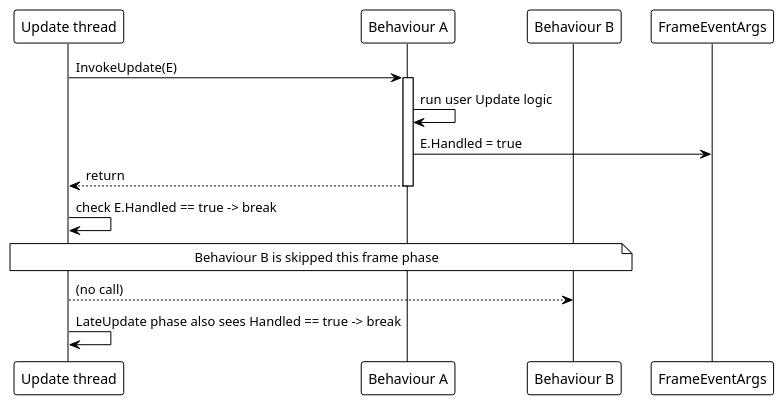
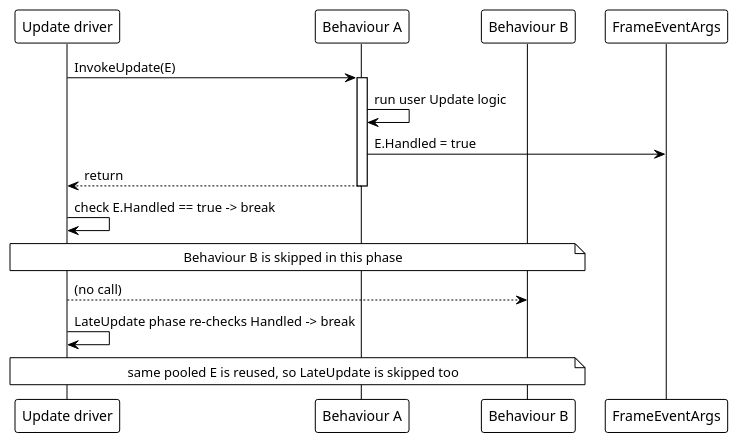
One commit to Axvser/VeloxDev.Docs changed the third of 6 diagrams in src/CloudGlyph/Assets/Docs/content/en/3_SE_Analysis/03_data-flow/06_monobehaviour/index.md. Above: the diagram before and after it, drawn with PlantUML. The commit also changed other lines of this file and 443 other files, not shown here.

````diff
--- a/src/CloudGlyph/Assets/Docs/content/en/3_SE_Analysis/03_data-flow/06_monobehaviour/index.md
+++ b/src/CloudGlyph/Assets/Docs/content/en/3_SE_Analysis/03_data-flow/06_monobehaviour/index.md
@@ -112,23 +128,24 @@
 ```plantuml
 @startuml
 !theme plain
 
-participant "Update thread" as U
+participant "Update driver" as U
 participant "Behaviour A" as A
 participant "Behaviour B" as B
 participant "FrameEventArgs" as E
 
 U -> A: InvokeUpdate(E)
 activate A
 A -> A: run user Update logic
 A -> E: E.Handled = true
 A --> U: return
 deactivate A
 
 U -> U: check E.Handled == true -> break
-note over U,B: Behaviour B is skipped this frame phase
+note over U,B: Behaviour B is skipped in this phase
 U --> B: (no call)
 
-U -> U: LateUpdate phase also sees Handled == true -> break
+U -> U: LateUpdate phase re-checks Handled -> break
+note over U,B: same pooled E is reused, so LateUpdate is skipped too
 @enduml
 ```
````
